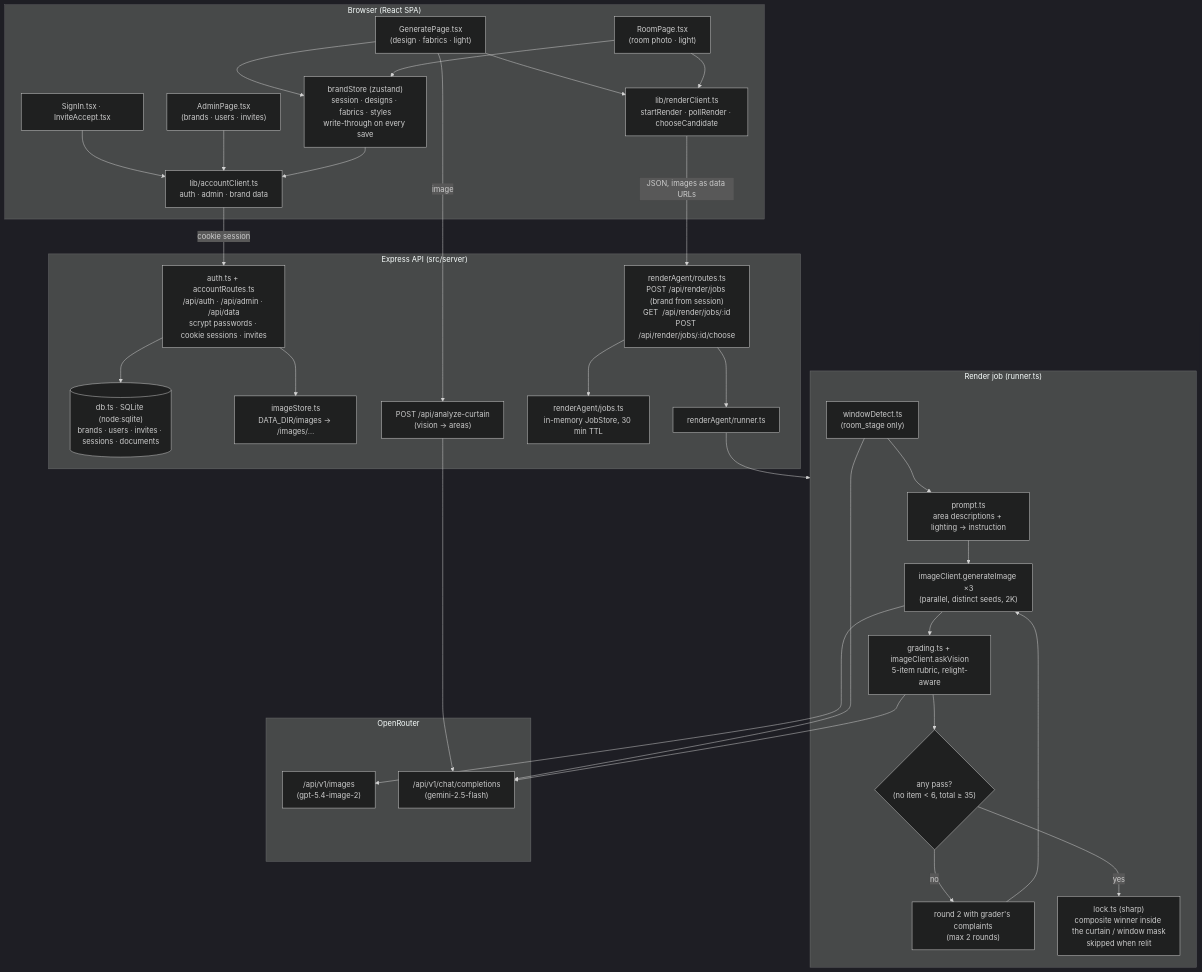
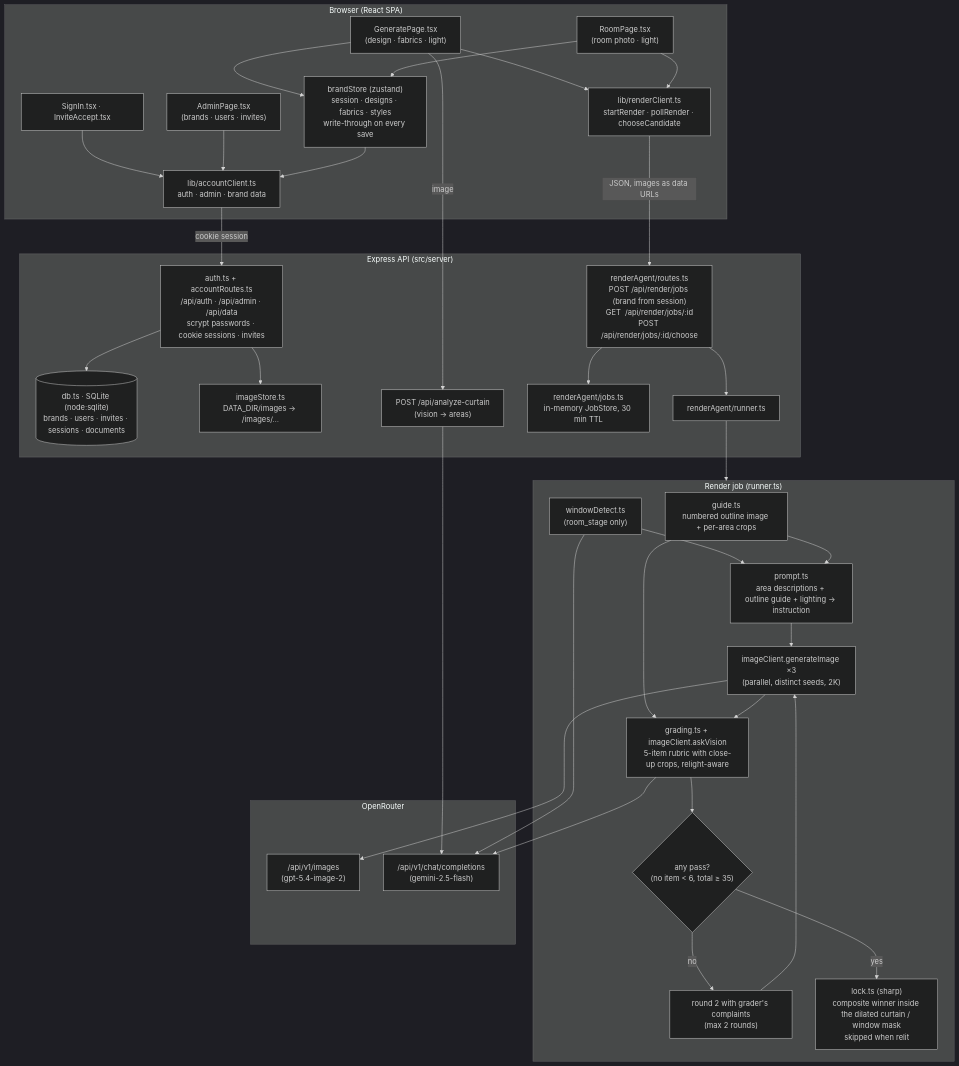
Before and after one commit to Vijendrapratap/Aatmi-curtain: the second of 2 diagrams in README.md, drawn with Mermaid (dark theme). The commit also changed other lines of this file, not shown here.

Commit message:
docs(readme): guide image, close-up grading, dilated lock and catalog polygon note

````diff
--- a/README.md
+++ b/README.md
@@ -47,61 +47,64 @@
 ```mermaid
 flowchart TB
     subgraph Browser["Browser (React SPA)"]
         SI["SignIn.tsx · InviteAccept.tsx"]
         GP["GeneratePage.tsx\n(design · fabrics · light)"]
         RP["RoomPage.tsx\n(room photo · light)"]
         AP["AdminPage.tsx\n(brands · users · invites)"]
         RC["lib/renderClient.ts\nstartRender · pollRender · chooseCandidate"]
         AC["lib/accountClient.ts\nauth · admin · brand data"]
         ST["brandStore (zustand)\nsession · designs · fabrics · styles\nwrite-through on every save"]
         GP --> RC
         RP --> RC
         GP --> ST
         RP --> ST
         SI --> AC
         AP --> AC
         ST --> AC
     end
 
     subgraph Server["Express API (src/server)"]
         AU["auth.ts + accountRoutes.ts\n/api/auth · /api/admin · /api/data\nscrypt passwords · cookie sessions · invites"]
         DB[("db.ts · SQLite (node:sqlite)\nbrands · users · invites · sessions · documents")]
         IS["imageStore.ts\nDATA_DIR/images → /images/…"]
         AN["POST /api/analyze-curtain\n(vision → areas)"]
         RT["renderAgent/routes.ts\nPOST /api/render/jobs (brand from session)\nGET  /api/render/jobs/:id\nPOST /api/render/jobs/:id/choose"]
         JS["renderAgent/jobs.ts\nin-memory JobStore, 30 min TTL"]
         RN["renderAgent/runner.ts"]
         AU --> DB
         AU --> IS
         RT --> JS
         RT --> RN
     end
 
     subgraph Pipeline["Render job (runner.ts)"]
-        P["prompt.ts\narea descriptions + lighting → instruction"]
+        GD["guide.ts\nnumbered outline image + per-area crops"]
+        P["prompt.ts\narea descriptions + outline guide + lighting → instruction"]
         WD["windowDetect.ts\n(room_stage only)"]
         GEN["imageClient.generateImage ×3\n(parallel, distinct seeds, 2K)"]
-        GR["grading.ts + imageClient.askVision\n5-item rubric, relight-aware"]
+        GR["grading.ts + imageClient.askVision\n5-item rubric with close-up crops, relight-aware"]
         SEL{"any pass?\n(no item < 6, total ≥ 35)"}
         RETRY["round 2 with grader's complaints\n(max 2 rounds)"]
-        LK["lock.ts (sharp)\ncomposite winner inside the curtain / window mask\nskipped when relit"]
+        LK["lock.ts (sharp)\ncomposite winner inside the dilated curtain / window mask\nskipped when relit"]
         WD --> P
+        GD --> P
+        GD --> GR
         P --> GEN --> GR --> SEL
         SEL -- no --> RETRY --> GEN
         SEL -- yes --> LK
     end
 
     subgraph Provider["OpenRouter"]
         IM["/api/v1/images\n(gpt-5.4-image-2)"]
         CH["/api/v1/chat/completions\n(gemini-2.5-flash)"]
     end
 
     AC -->|cookie session| AU
     RC -->|JSON, images as data URLs| RT
     GP -->|image| AN
     AN --> CH
     RN --> Pipeline
     WD --> CH
     GEN --> IM
     GR --> CH
 ```
````
